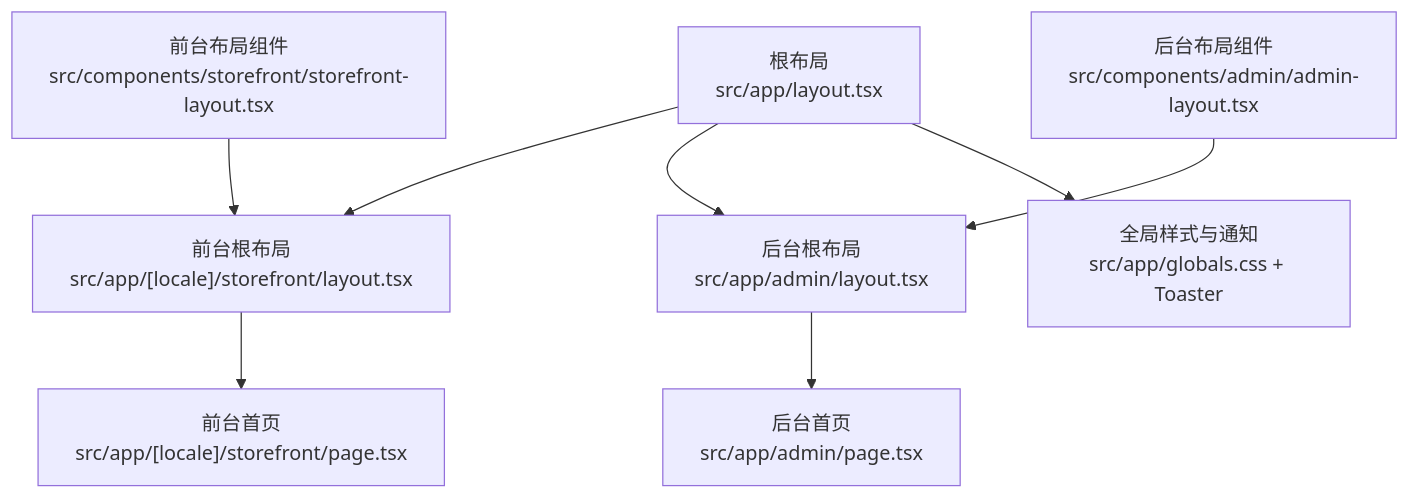
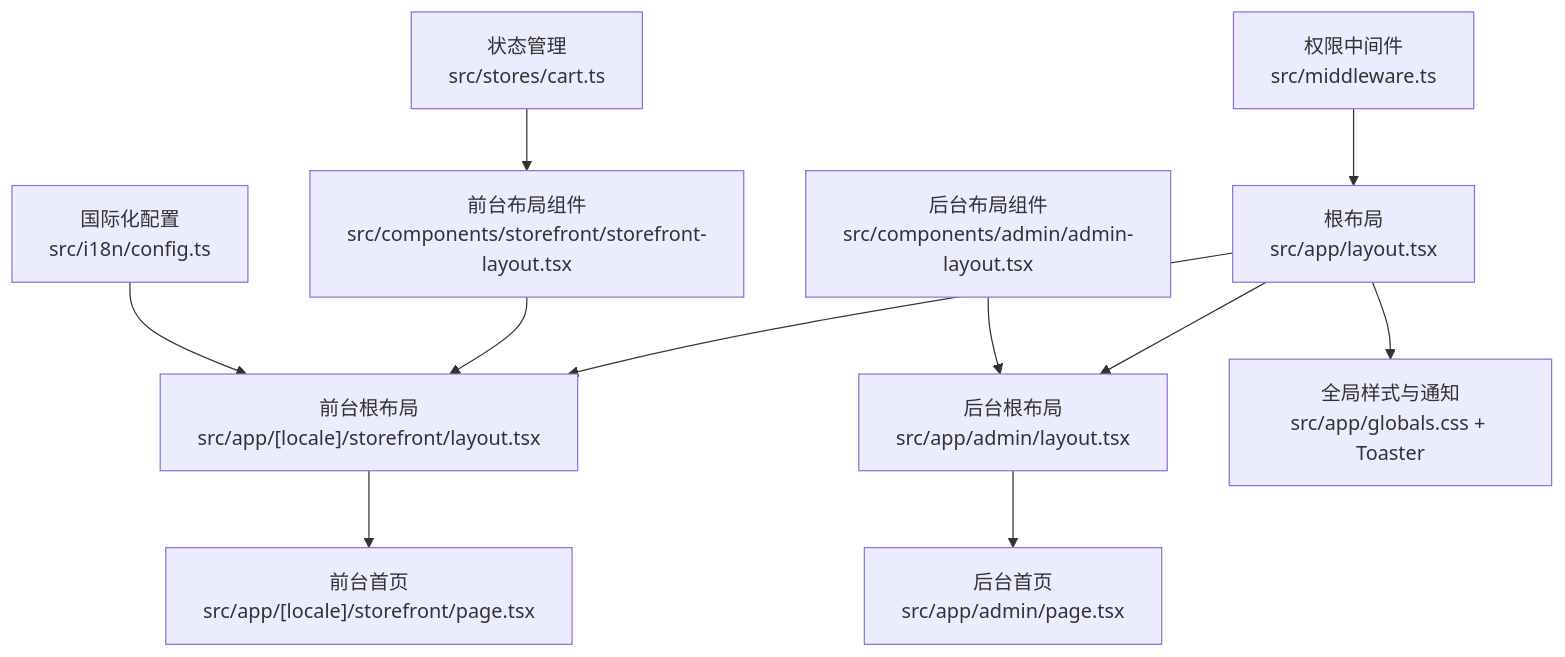
Before and after one commit to three3638-arch/celestia_2b: the first of 11 diagrams in .qoder/repowiki/zh/content/架构设计/前端架构设计.md, drawn with Mermaid. The commit also changed other lines of this file and 17 other files, not shown here.

````diff
--- a/.qoder/repowiki/zh/content/架构设计/前端架构设计.md
+++ b/.qoder/repowiki/zh/content/架构设计/前端架构设计.md
@@ -51,10 +68,13 @@
 ```mermaid
 graph TB
 A["根布局<br/>src/app/layout.tsx"] --> B["前台根布局<br/>src/app/[locale]/storefront/layout.tsx"]
 A --> C["后台根布局<br/>src/app/admin/layout.tsx"]
 B --> D["前台首页<br/>src/app/[locale]/storefront/page.tsx"]
 C --> E["后台首页<br/>src/app/admin/page.tsx"]
 A --> F["全局样式与通知<br/>src/app/globals.css + Toaster"]
 G["前台布局组件<br/>src/components/storefront/storefront-layout.tsx"] --> B
 H["后台布局组件<br/>src/components/admin/admin-layout.tsx"] --> C
+I["国际化配置<br/>src/i18n/config.ts"] --> B
+J["权限中间件<br/>src/middleware.ts"] --> A
+K["状态管理<br/>src/stores/cart.ts"] --> G
 ```
````
